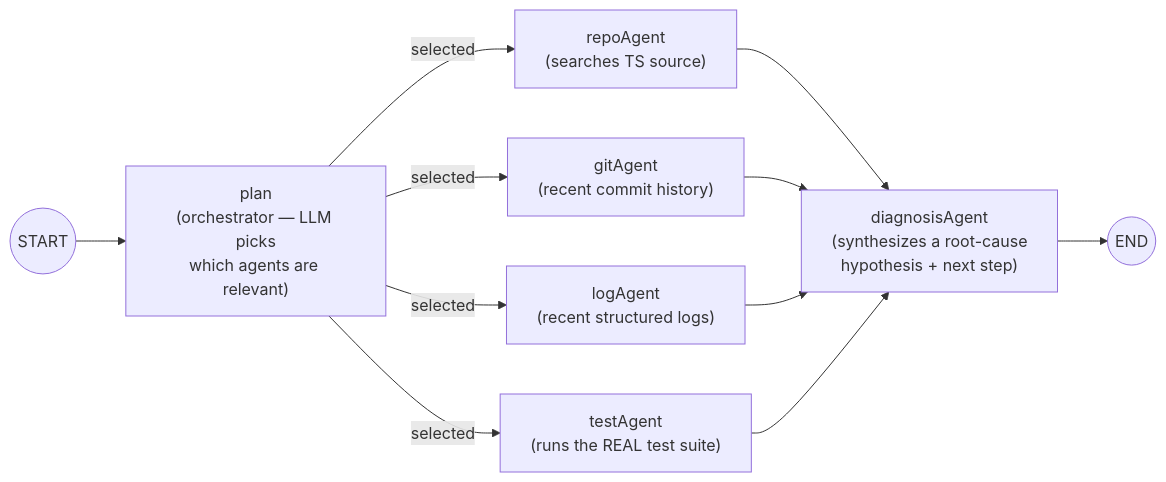
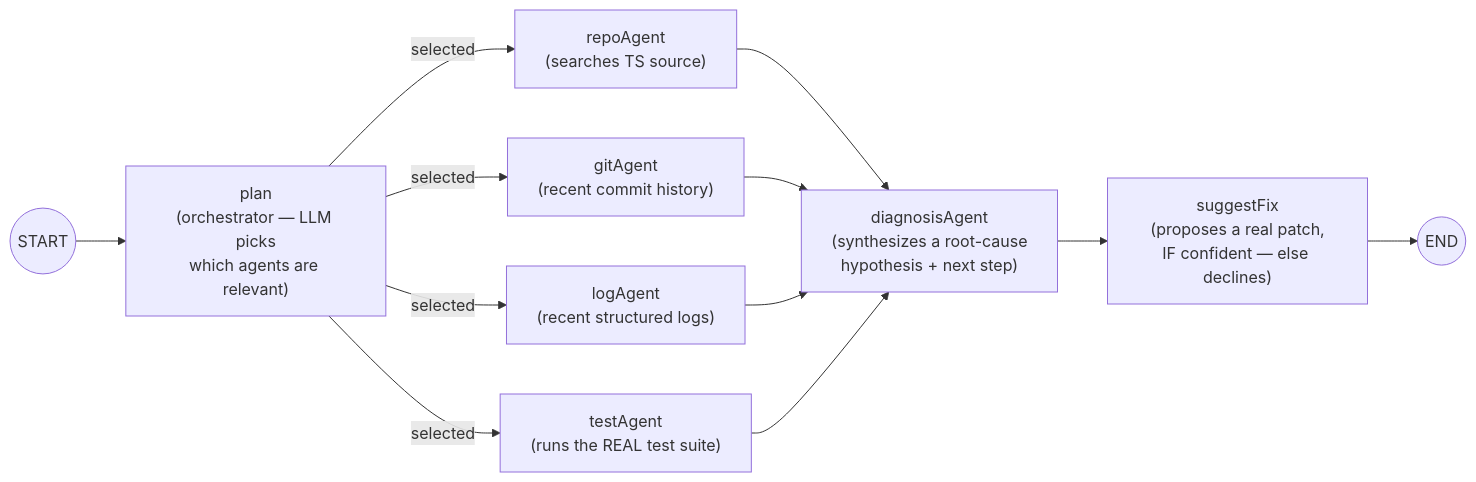
The sixth of 11 diagrams in ARCHITECTURE.md (mahmadr10/servicedesk), drawn with Mermaid before and after one commit. The commit also changed other lines of this file and 18 other files, not shown here.

````diff
--- a/ARCHITECTURE.md
+++ b/ARCHITECTURE.md
@@ -292,13 +292,14 @@
 ```mermaid
 flowchart LR
     START((START)) --> plan["plan<br/>(orchestrator — LLM picks<br/>which agents are relevant)"]
     plan -->|selected| repo["repoAgent<br/>(searches TS source)"]
     plan -->|selected| git["gitAgent<br/>(recent commit history)"]
     plan -->|selected| log["logAgent<br/>(recent structured logs)"]
     plan -->|selected| test["testAgent<br/>(runs the REAL test suite)"]
     repo --> diagnosis["diagnosisAgent<br/>(synthesizes a root-cause<br/>hypothesis + next step)"]
     git --> diagnosis
     log --> diagnosis
     test --> diagnosis
-    diagnosis --> END((END))
+    diagnosis --> suggestFix["suggestFix<br/>(proposes a real patch,<br/>IF confident — else declines)"]
+    suggestFix --> END((END))
 ```
````
